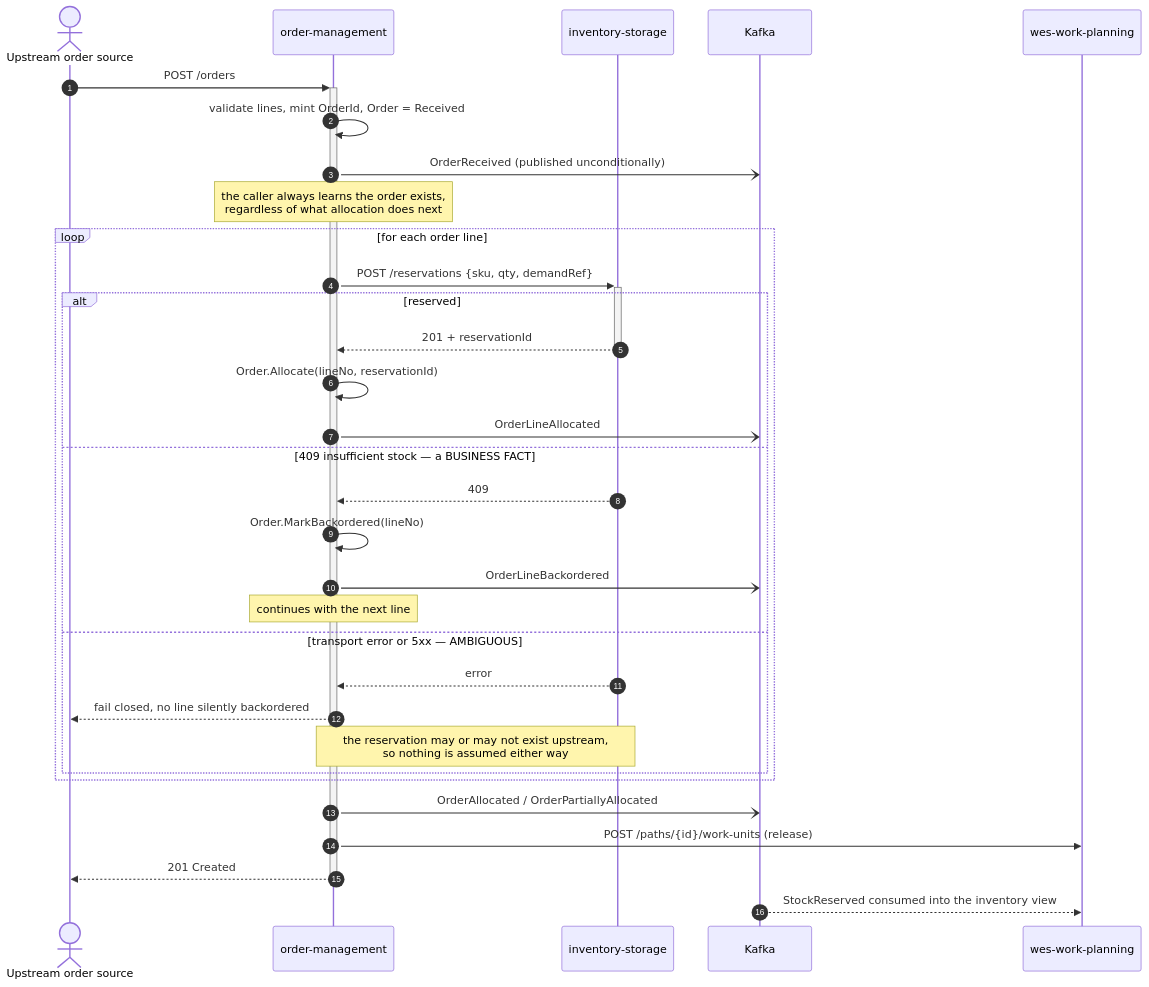
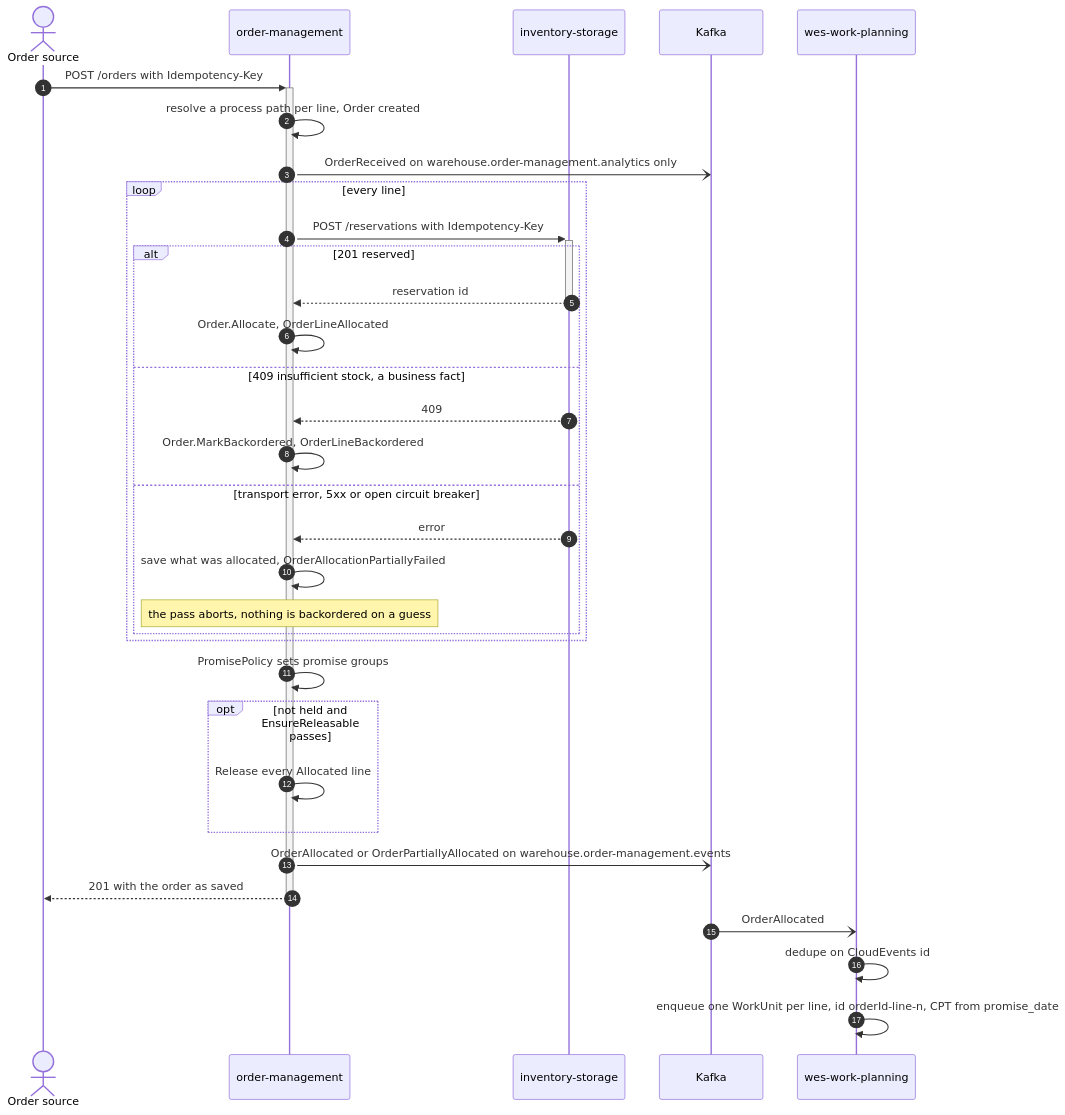
The first of 9 diagrams in docs/architecture/runtime-flows.md (IQVO/warehouse-docs), drawn with Mermaid before and after one commit. The commit also changed other lines of this file and 717 other files, not shown here.

````diff
--- a/docs/architecture/runtime-flows.md
+++ b/docs/architecture/runtime-flows.md
@@ -26,38 +60,39 @@
 ```mermaid
 sequenceDiagram
     autonumber
-    actor Client as Upstream order source
+    actor Client as Order source
     participant OM as order-management
     participant INV as inventory-storage
     participant K as Kafka
     participant WP as wes-work-planning
 
-    Client->>+OM: POST /orders
-    OM->>OM: validate lines, mint OrderId, Order = Received
-    OM-)K: OrderReceived (published unconditionally)
-    Note over OM: the caller always learns the order exists,<br/>regardless of what allocation does next
+    Client->>+OM: POST /orders with Idempotency-Key
+    OM->>OM: resolve a process path per line, Order created
+    OM-)K: OrderReceived on warehouse.order-management.analytics only
 
-    loop for each order line
-        OM->>+INV: POST /reservations {sku, qty, demandRef}
-        alt reserved
-            INV-->>-OM: 201 + reservationId
-            OM->>OM: Order.Allocate(lineNo, reservationId)
-            OM-)K: OrderLineAllocated
-        else 409 insufficient stock — a BUSINESS FACT
+    loop every line
+        OM->>+INV: POST /reservations with Idempotency-Key
+        alt 201 reserved
+            INV-->>-OM: reservation id
+            OM->>OM: Order.Allocate, OrderLineAllocated
+        else 409 insufficient stock, a business fact
             INV-->>OM: 409
-            OM->>OM: Order.MarkBackordered(lineNo)
-            OM-)K: OrderLineBackordered
-            Note over OM: continues with the next line
-        else transport error or 5xx — AMBIGUOUS
+            OM->>OM: Order.MarkBackordered, OrderLineBackordered
+        else transport error, 5xx or open circuit breaker
             INV-->>OM: error
-            OM-->>Client: fail closed, no line silently backordered
-            Note over OM,INV: the reservation may or may not exist upstream,<br/>so nothing is assumed either way
+            OM->>OM: save what was allocated, OrderAllocationPartiallyFailed
+            Note over OM: the pass aborts, nothing is backordered on a guess
         end
     end
 
-    OM-)K: OrderAllocated / OrderPartiallyAllocated
-    OM->>WP: POST /paths/{id}/work-units (release)
-    OM-->>-Client: 201 Created
+    OM->>OM: PromisePolicy sets promise groups
+    opt not held and EnsureReleasable passes
+        OM->>OM: Release every Allocated line
+    end
+    OM-)K: OrderAllocated or OrderPartiallyAllocated on warehouse.order-management.events
+    OM-->>-Client: 201 with the order as saved
 
-    K-->>WP: StockReserved consumed into the inventory view
+    K-)WP: OrderAllocated
+    WP->>WP: dedupe on CloudEvents id
+    WP->>WP: enqueue one WorkUnit per line, id orderId-line-n, CPT from promise_date
 ```
````
